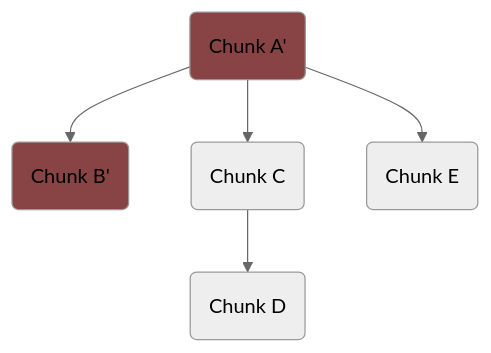
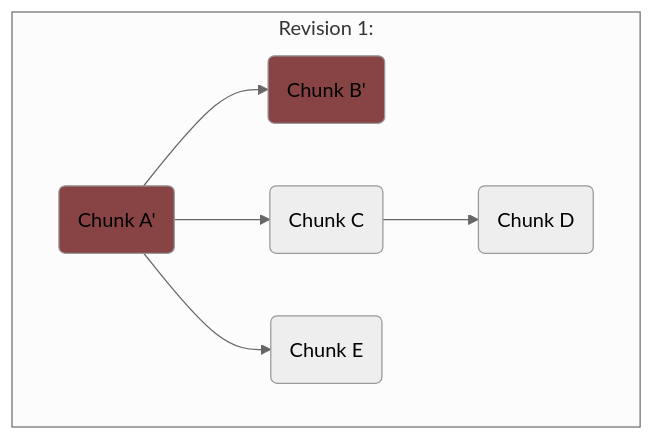
The fifth of 26 diagrams in packages/dds/tree/docs/wip/treeStorage.md (microsoft/FluidFramework), drawn with Mermaid (neutral theme) before and after one commit. The commit also changed other lines of this file, not shown here.

````diff
--- a/packages/dds/tree/docs/wip/treeStorage.md
+++ b/packages/dds/tree/docs/wip/treeStorage.md
@@ -124,14 +130,16 @@
 ```mermaid
 graph TD;
-    A(Chunk A')
-    B(Chunk B')
-    C(Chunk C)
-    D(Chunk D)
-    E(Chunk E)
-    A-->B
-    A-->C
-    A-->E
-    C-->D
-    style A fill:#844
-    style B fill:#844
+    subgraph Revision 1:
+        A(Chunk A')
+        B(Chunk B')
+        C(Chunk C)
+        D(Chunk D)
+        E(Chunk E)
+        A-->B
+        A-->C
+        A-->E
+        C-->D
+        style A fill:#844
+        style B fill:#844
+    end
 ```
````
